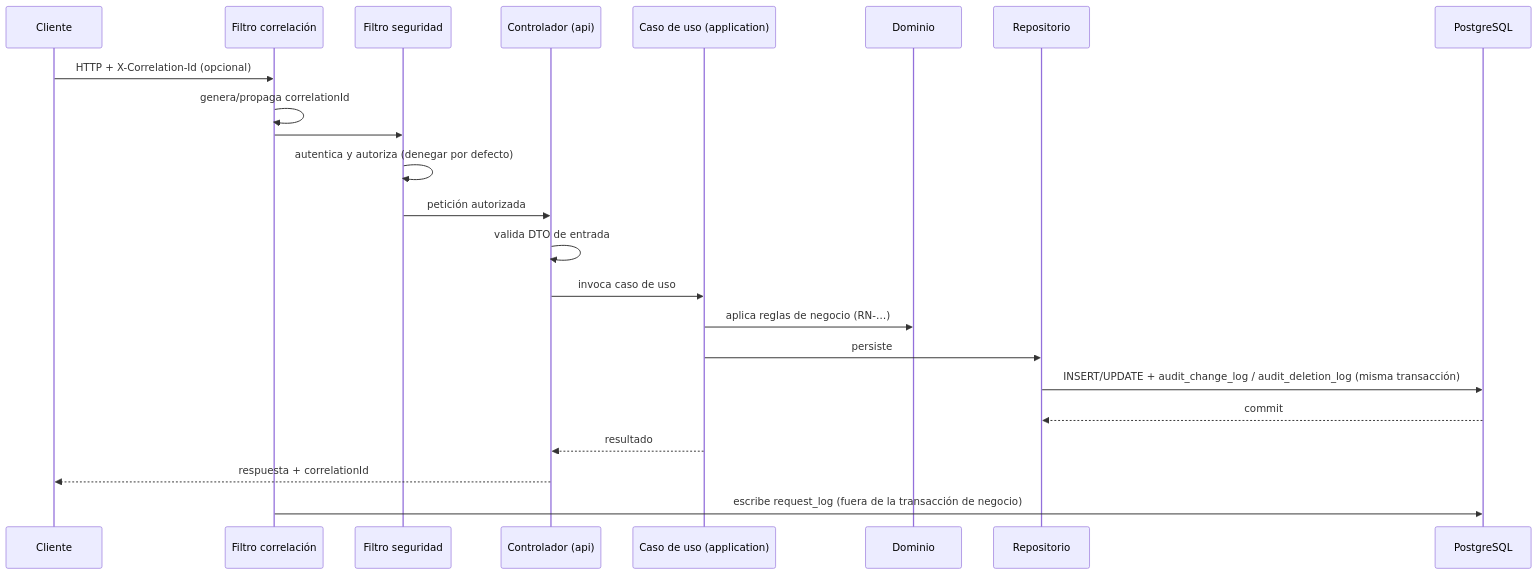
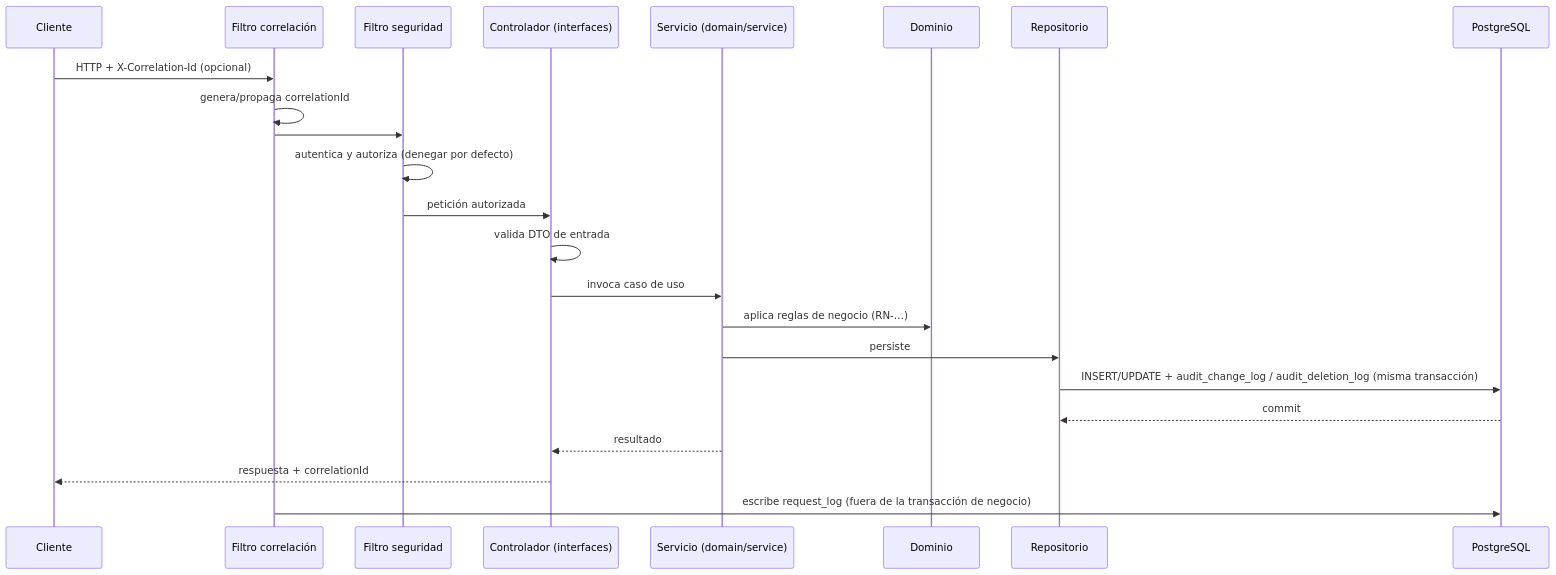
Before and after one commit to NexusPro-Dev/backend: the third of 3 diagrams in docs/architecture.md, drawn with Mermaid. The commit also changed other lines of this file and 53 other files, not shown here.

````diff
--- a/docs/architecture.md
+++ b/docs/architecture.md
@@ -443,26 +461,26 @@
 ```mermaid
 sequenceDiagram
     participant C as Cliente
     participant F as Filtro correlación
     participant S as Filtro seguridad
-    participant A as Controlador (api)
-    participant U as Caso de uso (application)
+    participant A as Controlador (interfaces)
+    participant U as Servicio (domain/service)
     participant D as Dominio
     participant R as Repositorio
     participant P as PostgreSQL
 
     C->>F: HTTP + X-Correlation-Id (opcional)
     F->>F: genera/propaga correlationId
     F->>S: 
     S->>S: autentica y autoriza (denegar por defecto)
     S->>A: petición autorizada
     A->>A: valida DTO de entrada
     A->>U: invoca caso de uso
     U->>D: aplica reglas de negocio (RN-…)
     U->>R: persiste
     R->>P: INSERT/UPDATE + audit_change_log / audit_deletion_log (misma transacción)
     P-->>R: commit
     U-->>A: resultado
     A-->>C: respuesta + correlationId
     F->>P: escribe request_log (fuera de la transacción de negocio)
 ```
````
